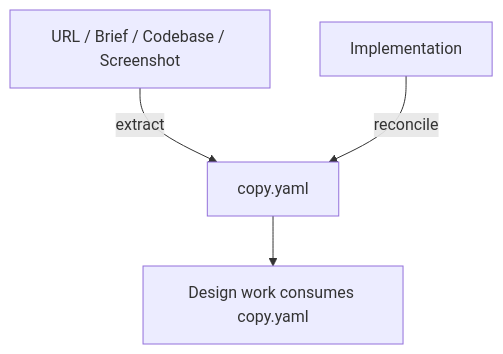
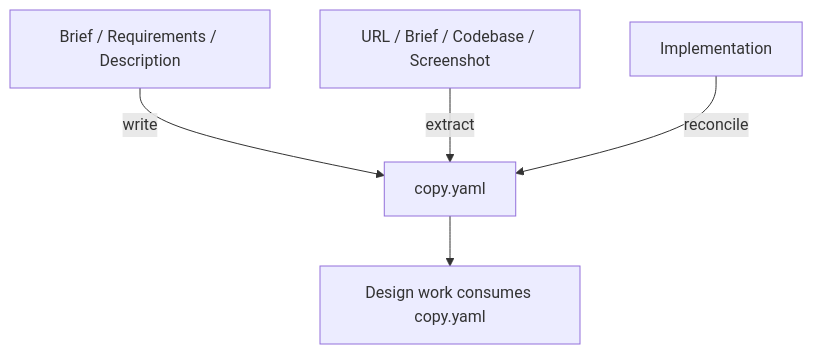
One commit to adeonir/agent-skills changed the diagram in skills/product/copywriting/README.md. Above: the diagram before and after it, drawn with Mermaid. The commit also changed other lines of this file and 7 other files, not shown here.

````diff
--- a/skills/product/copywriting/README.md
+++ b/skills/product/copywriting/README.md
@@ -7,6 +7,7 @@
 ```mermaid
 flowchart TD
-    A[URL / Brief / Codebase / Screenshot] -->|extract| B[copy.yaml]
+    Intent[Brief / Requirements / Description] -->|write| B[copy.yaml]
+    A[URL / Brief / Codebase / Screenshot] -->|extract| B
     Impl[Implementation] -->|reconcile| B
     B --> D[Design work consumes copy.yaml]
 ```
````
